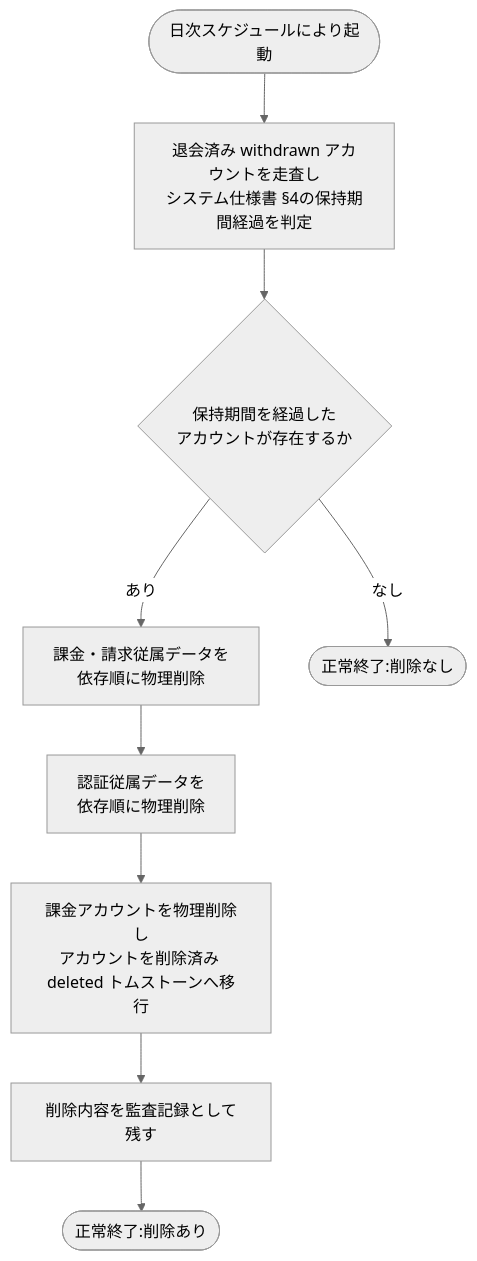
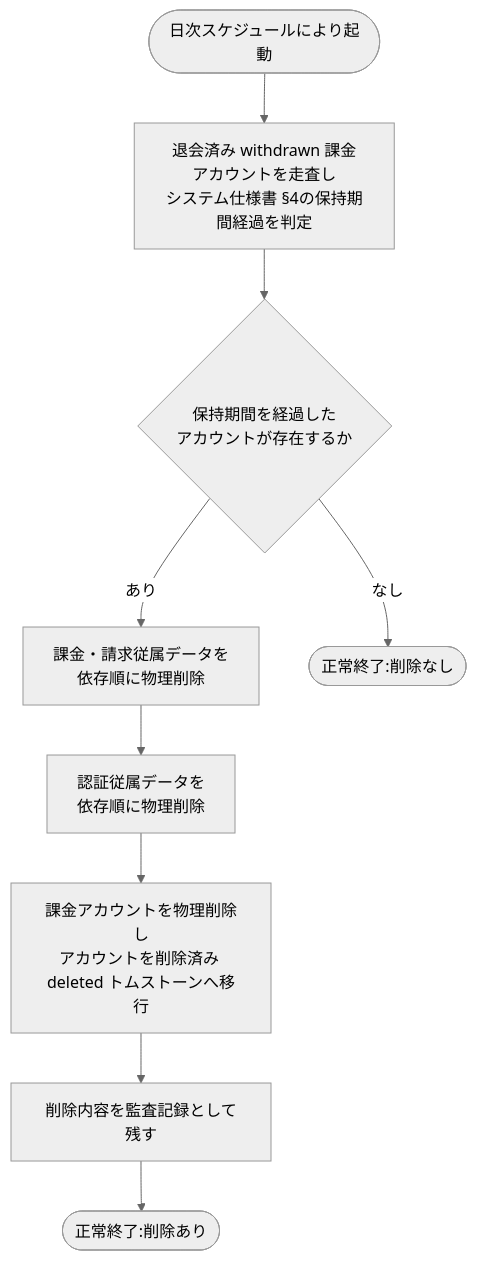
One commit to sikakou54/open-faq changed the diagram in 02_basic_design/02_backend/01_system/SYS-034.md. Above: the diagram before and after it, drawn with Mermaid (neutral theme). The commit also changed other lines of this file and 21 other files, not shown here.

````diff
--- a/02_basic_design/02_backend/01_system/SYS-034.md
+++ b/02_basic_design/02_backend/01_system/SYS-034.md
@@ -35,11 +35,11 @@
 ```mermaid
 flowchart TB
-  S([日次スケジュールにより起動]) --> A[退会済み withdrawn アカウントを走査し<br/>システム仕様書 §4の保持期間経過を判定]
+  S([日次スケジュールにより起動]) --> A[退会済み withdrawn 課金アカウントを走査し<br/>システム仕様書 §4の保持期間経過を判定]
   A --> B{保持期間を経過した<br/>アカウントが存在するか}
   B -- あり --> C[課金・請求従属データを<br/>依存順に物理削除]
   C --> D[認証従属データを<br/>依存順に物理削除]
   D --> E[課金アカウントを物理削除し<br/>アカウントを削除済み deleted トムストーンへ移行]
   E --> F[削除内容を監査記録として残す]
   F --> G([正常終了:削除あり])
   B -- なし --> H([正常終了:削除なし])
 ```
````
